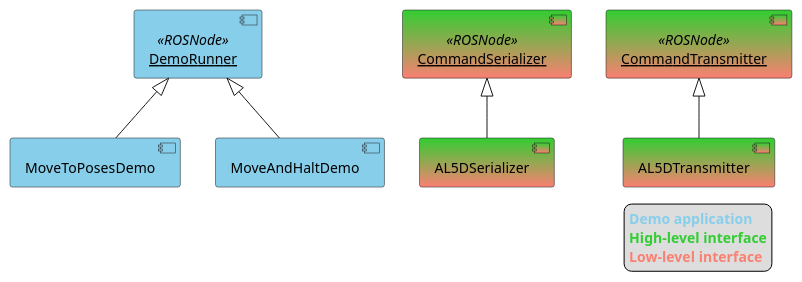
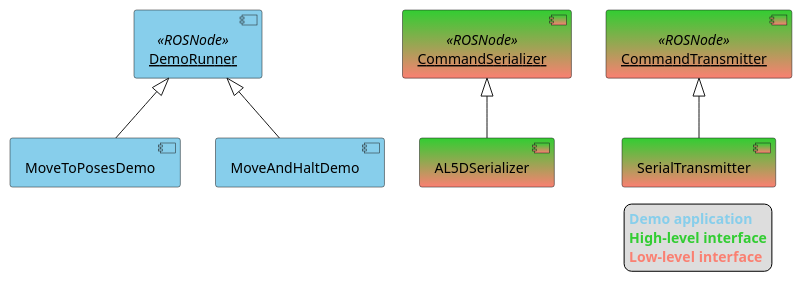
One commit to bscp/al5d_cpp changed the diagram in doc/component_diagram_implementations.puml. Above: the diagram before and after it, drawn with PlantUML. The commit also changed 8 other files, not shown here.

Commit message:
Update UML diagrams

```diff
--- a/doc/component_diagram_implementations.puml
+++ b/doc/component_diagram_implementations.puml
@@ -1,23 +1,23 @@
 @startuml
 
 component "<u>DemoRunner</u>" <<ROSNode>> as DemoRunner #SkyBlue
 component "<u>CommandSerializer</u>" <<ROSNode>> as CommandSerializer #LimeGreen-Salmon
 component "<u>CommandTransmitter</u>" <<ROSNode>> as CommandTransmitter #LimeGreen-Salmon
 
 component MoveToPosesDemo #SkyBlue
 component MoveAndHaltDemo #SkyBlue
 component AL5DSerializer #LimeGreen-Salmon
-component AL5DTransmitter #LimeGreen-Salmon
+component SerialTransmitter #LimeGreen-Salmon
 
 DemoRunner <|-- MoveToPosesDemo
 DemoRunner <|-- MoveAndHaltDemo
 CommandSerializer <|-- AL5DSerializer
-CommandTransmitter <|-- AL5DTransmitter
+CommandTransmitter <|-- SerialTransmitter
 
 legend right
   <b><color:SkyBlue>Demo application</color></b>
   <b><color:LimeGreen>High-level interface</color></b>
   <b><color:Salmon>Low-level interface</color></b>
 endlegend
 
 @enduml
```
